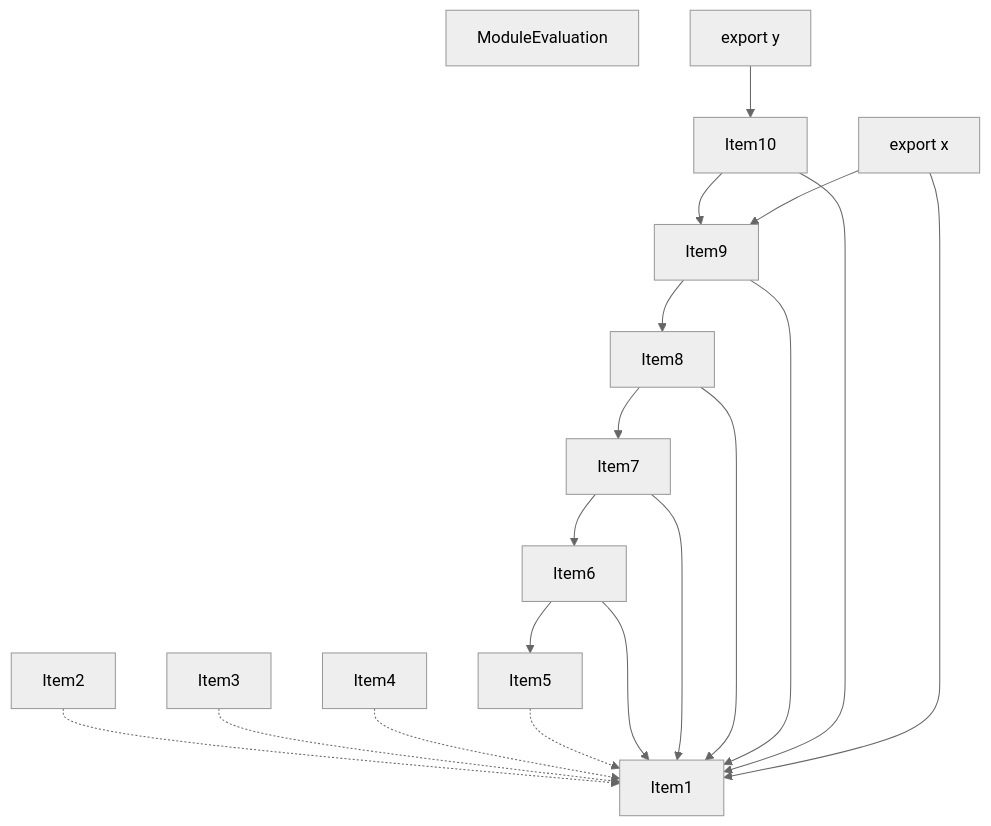
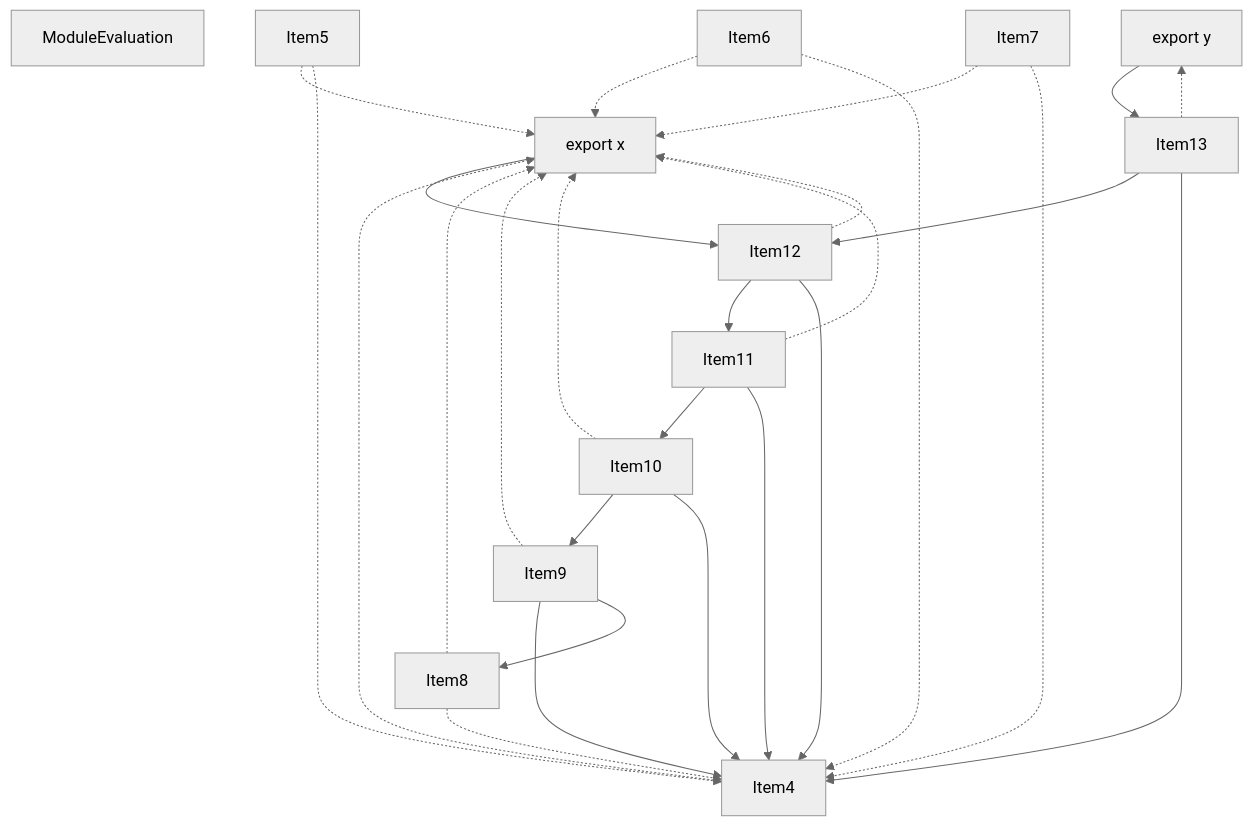
One commit to vercel/turborepo changed the fourth of 5 diagrams in crates/turbopack-ecmascript/tests/tree-shaker/analyzer/grouping/output.md. Above: the diagram before and after it, drawn with Mermaid (neutral theme). The commit also changed other lines of this file and 24 other files, not shown here.

````diff
--- a/crates/turbopack-ecmascript/tests/tree-shaker/analyzer/grouping/output.md
+++ b/crates/turbopack-ecmascript/tests/tree-shaker/analyzer/grouping/output.md
@@ -197,36 +211,45 @@
 ```mermaid
 graph TD
     Item1;
+    Item1["ModuleEvaluation"];
     Item2;
+    Item2["export x"];
     Item3;
+    Item3["export y"];
     Item4;
     Item5;
     Item6;
     Item7;
     Item8;
     Item9;
     Item10;
     Item11;
-    Item11["ModuleEvaluation"];
     Item12;
-    Item12["export x"];
     Item13;
-    Item13["export y"];
-    Item2 -.-> Item1;
-    Item3 -.-> Item1;
-    Item4 -.-> Item1;
-    Item5 -.-> Item1;
-    Item6 --> Item1;
-    Item6 --> Item5;
-    Item7 --> Item6;
-    Item7 --> Item1;
-    Item8 --> Item7;
-    Item8 --> Item1;
+    Item4 -.-> Item2;
+    Item5 -.-> Item2;
+    Item5 -.-> Item4;
+    Item6 -.-> Item2;
+    Item6 -.-> Item4;
+    Item7 -.-> Item2;
+    Item7 -.-> Item4;
+    Item8 -.-> Item2;
+    Item8 -.-> Item4;
+    Item9 --> Item4;
     Item9 --> Item8;
-    Item9 --> Item1;
+    Item9 -.-> Item2;
     Item10 --> Item9;
-    Item10 --> Item1;
-    Item12 --> Item9;
-    Item12 --> Item1;
-    Item13 --> Item10;
+    Item10 --> Item4;
+    Item10 -.-> Item2;
+    Item11 --> Item10;
+    Item11 --> Item4;
+    Item11 -.-> Item2;
+    Item12 --> Item11;
+    Item12 --> Item4;
+    Item12 -.-> Item2;
+    Item13 --> Item12;
+    Item13 --> Item4;
+    Item13 -.-> Item3;
+    Item2 --> Item12;
+    Item3 --> Item13;
 ```
````
